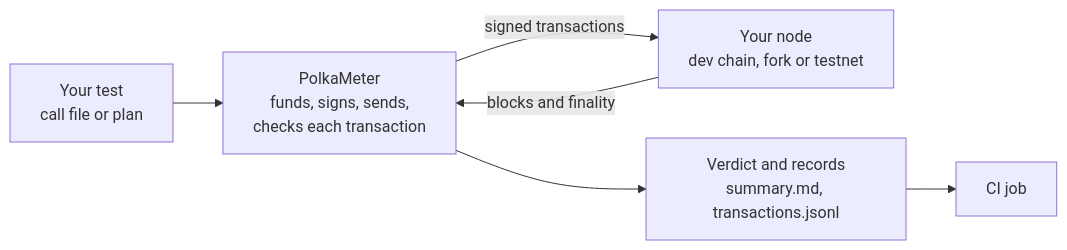
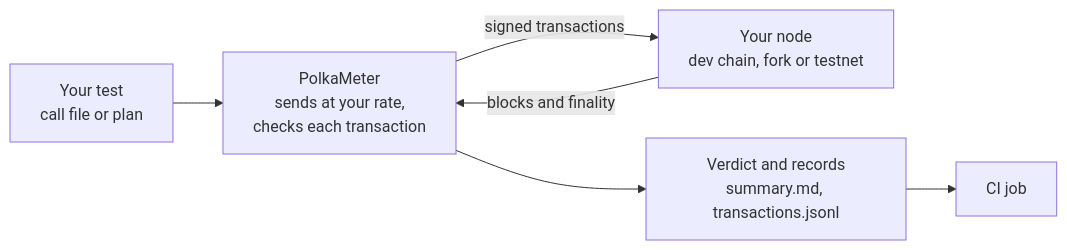
The diagram in docs/README.md (agustinustheo/polkameter), drawn with Mermaid before and after one commit. The commit also changed other lines of this file and 16 other files, not shown here.

````diff
--- a/docs/README.md
+++ b/docs/README.md
@@ -5,8 +5,8 @@
 ```mermaid
 flowchart LR
-  T["Your test<br/>call file or plan"] --> P["PolkaMeter<br/>funds, signs, sends,<br/>checks each transaction"]
+  T["Your test<br/>call file or plan"] --> P["PolkaMeter<br/>sends at your rate,<br/>checks each transaction"]
   P -- signed transactions --> N["Your node<br/>dev chain, fork or testnet"]
   N -- blocks and finality --> P
   P --> R["Verdict and records<br/>summary.md, transactions.jsonl"]
   R --> C["CI job"]
 ```
````
